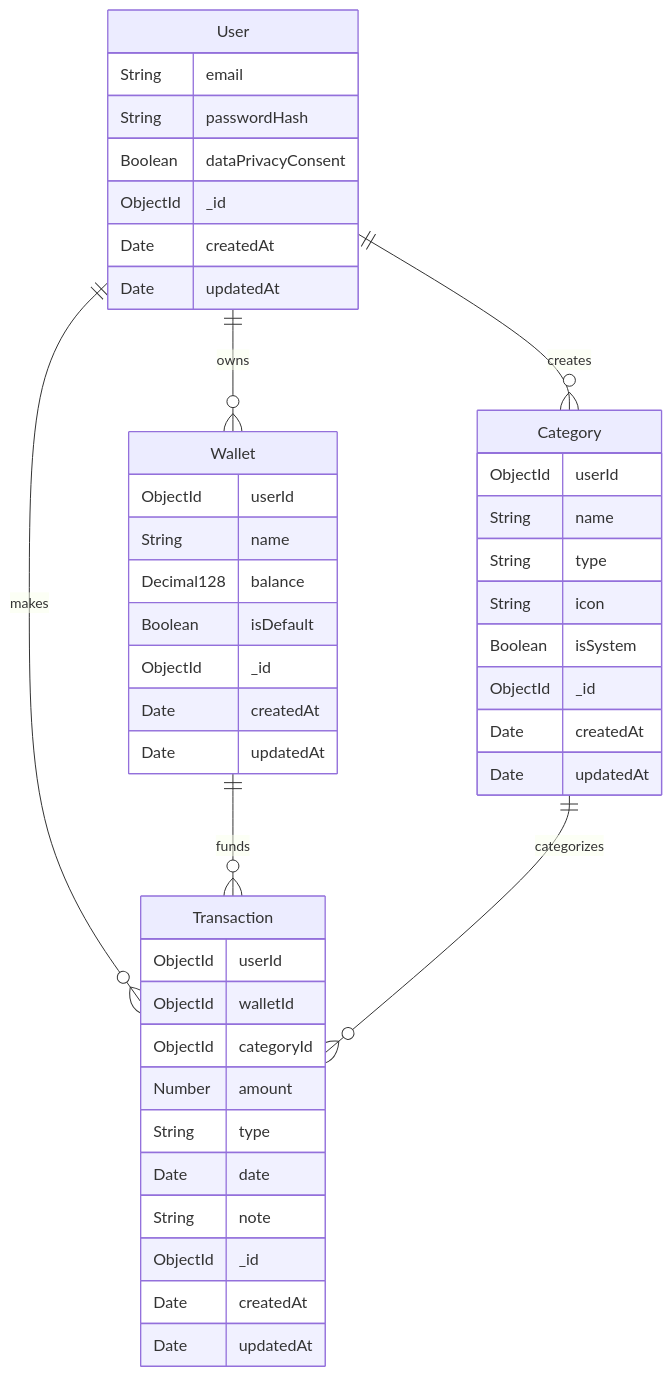
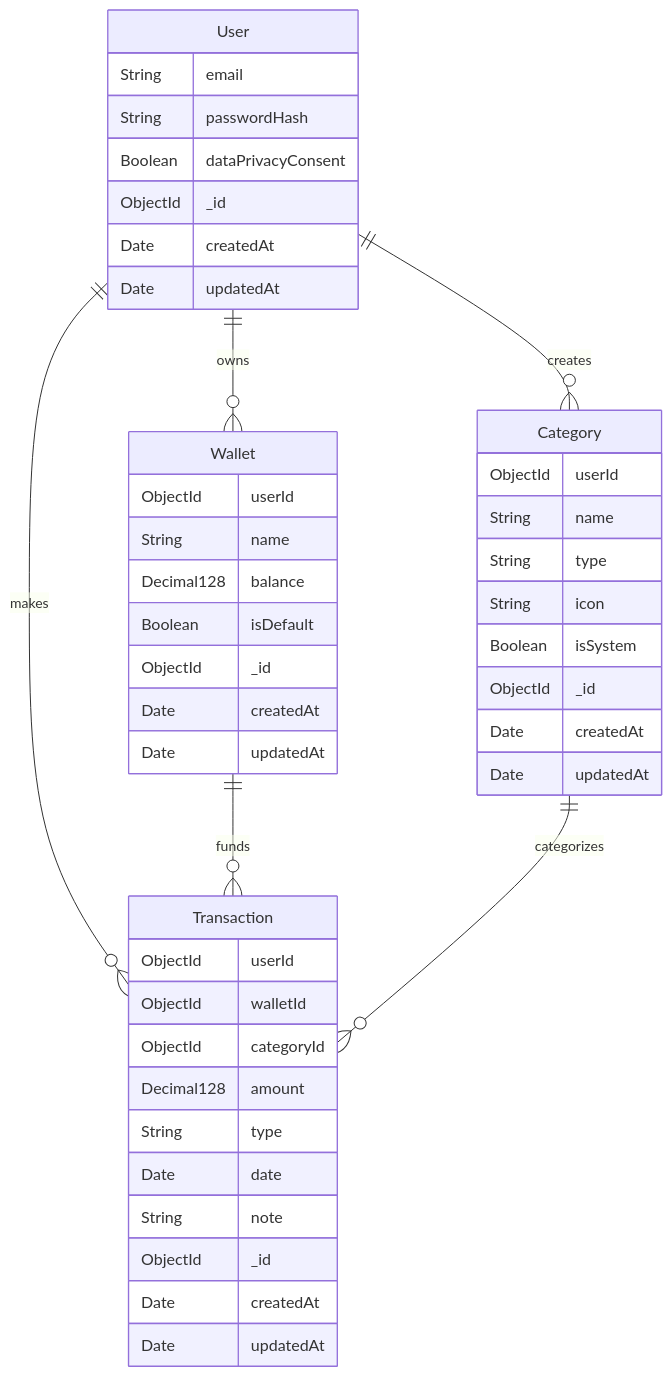
Before and after one commit to ComBiao/FinLover: the diagram in docs/ERD.md, drawn with Mermaid. The commit also changed 3 other files, not shown here.

Commit message:
chore: regenerate ERD after Transaction.amount change to Decimal128

````diff
--- a/docs/ERD.md
+++ b/docs/ERD.md
@@ -3,52 +3,52 @@
 ```mermaid
 erDiagram
   User ||--o{ Wallet : "owns"
   User ||--o{ Category : "creates"
   User ||--o{ Transaction : "makes"
   Wallet ||--o{ Transaction : "funds"
   Category ||--o{ Transaction : "categorizes"
 
   User {
     String email
     String passwordHash
     Boolean dataPrivacyConsent
     ObjectId _id
     Date createdAt
     Date updatedAt
   }
 
   Wallet {
     ObjectId userId
     String name
     Decimal128 balance
     Boolean isDefault
     ObjectId _id
     Date createdAt
     Date updatedAt
   }
 
   Category {
     ObjectId userId
     String name
     String type
     String icon
     Boolean isSystem
     ObjectId _id
     Date createdAt
     Date updatedAt
   }
 
   Transaction {
     ObjectId userId
     ObjectId walletId
     ObjectId categoryId
-    Number amount
+    Decimal128 amount
     String type
     Date date
     String note
     ObjectId _id
     Date createdAt
     Date updatedAt
   }
 
 ```
````
